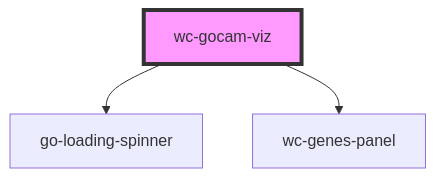
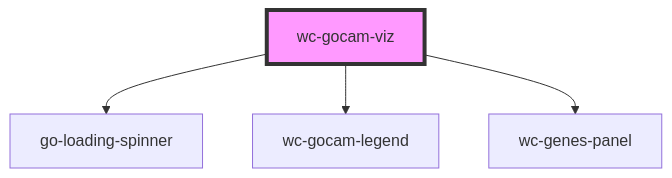
One commit to geneontology/wc-gocam-viz changed the diagram in src/components/gocam-viz/readme.md. Above: the diagram before and after it, drawn with Mermaid. The commit also changed other lines of this file and 8 other files, not shown here.

````diff
--- a/src/components/gocam-viz/readme.md
+++ b/src/components/gocam-viz/readme.md
@@ -68,6 +78,7 @@
 ```mermaid
 graph TD;
   wc-gocam-viz --> go-loading-spinner
+  wc-gocam-viz --> wc-gocam-legend
   wc-gocam-viz --> wc-genes-panel
   style wc-gocam-viz fill:#f9f,stroke:#333,stroke-width:4px
 ```
````
